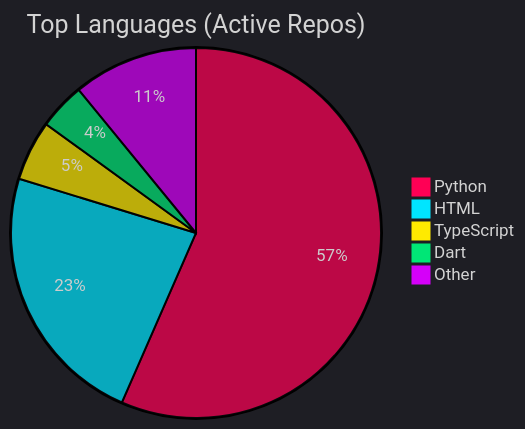
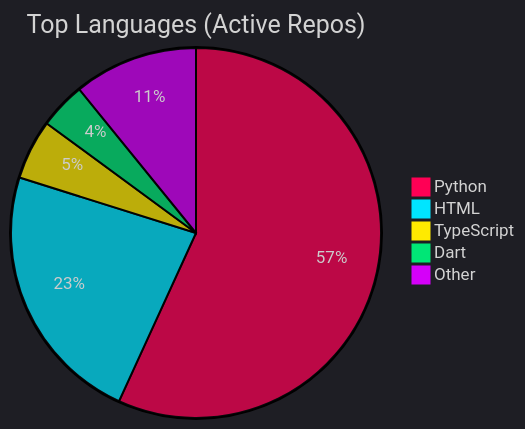
Before and after one commit to Nzettodess/Nzettodess: the diagram in README.md, drawn with Mermaid. The commit also changed other lines of this file, not shown here.

Commit message:
Update recent activity [skip ci]

````diff
--- a/README.md
+++ b/README.md
@@ -35,9 +35,9 @@
 ```mermaid
 %%{init: {'theme': 'dark', 'themeVariables': { 'pie1': '#FF0055', 'pie2': '#00E5FF', 'pie3': '#FFEA00', 'pie4': '#00E676', 'pie5': '#D500F9' }}}%%
 pie title Top Languages (Active Repos)
-    "Python" : 56.56
-    "HTML" : 23.17
-    "TypeScript" : 5.26
-    "Dart" : 4.09
-    "Other" : 10.92
+    "Python" : 56.83
+    "HTML" : 23.02
+    "TypeScript" : 5.23
+    "Dart" : 4.06
+    "Other" : 10.86
 ```
````
